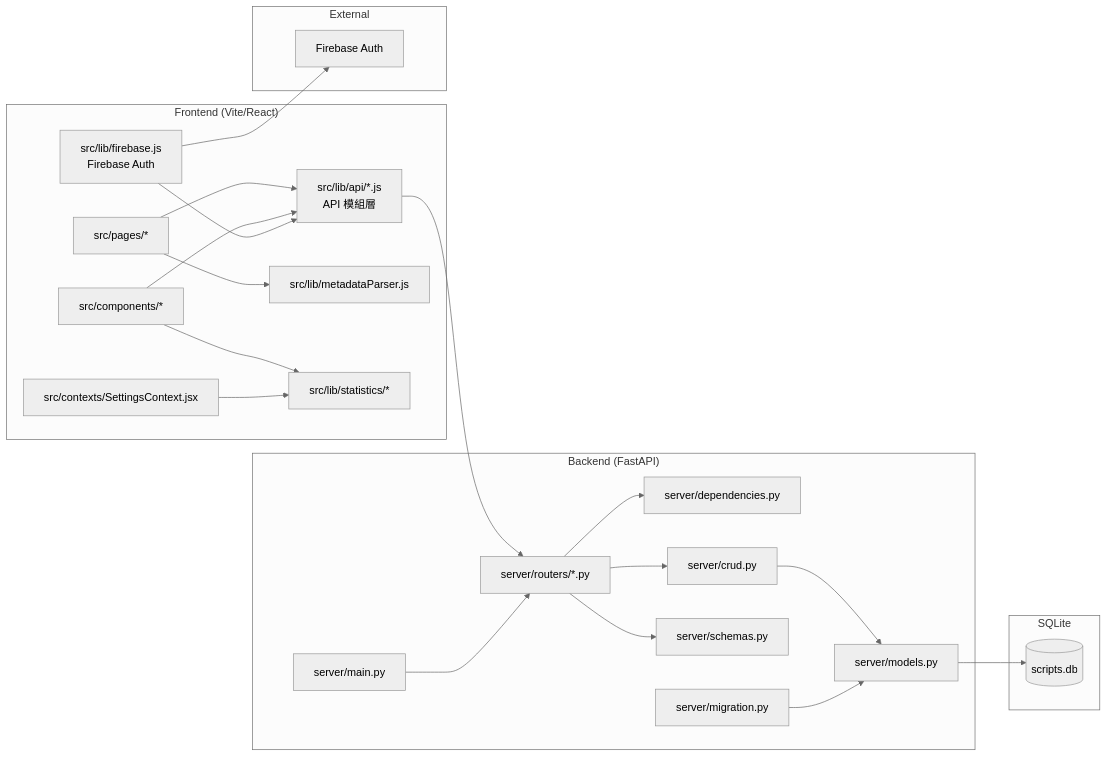
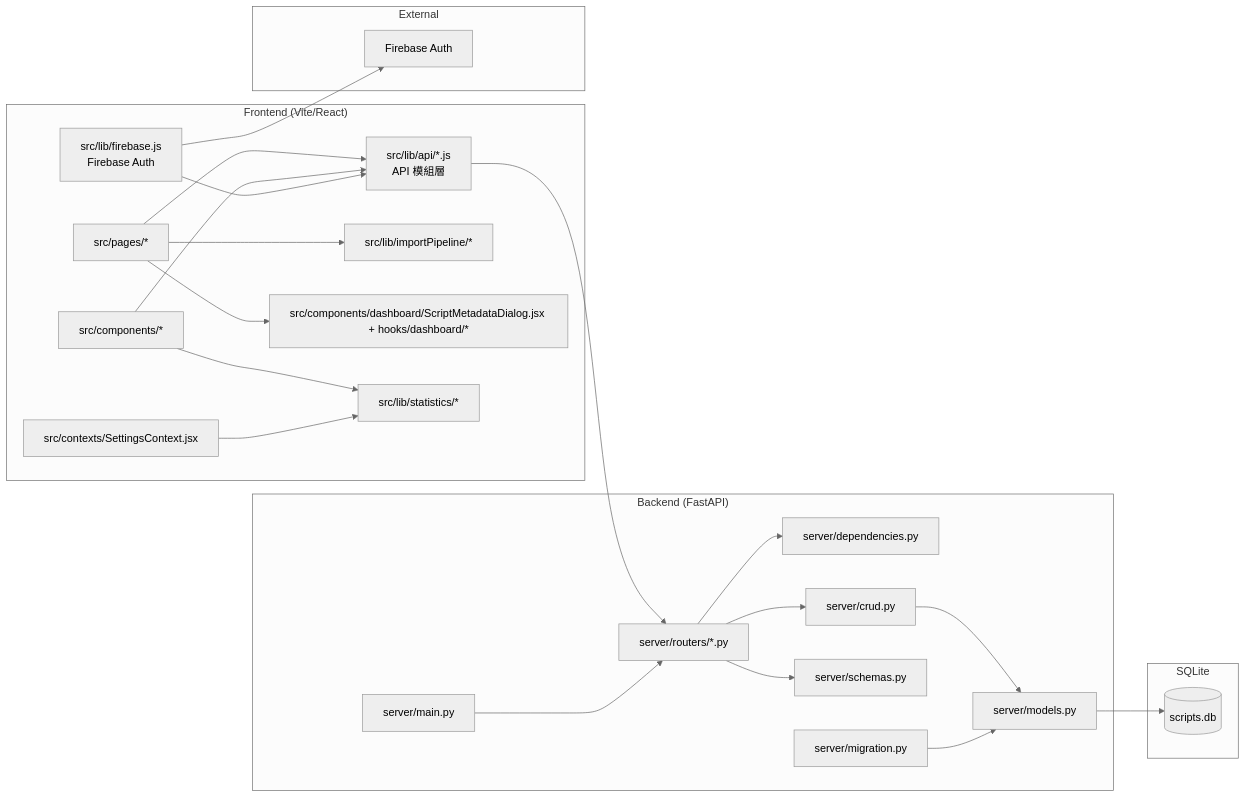
The second of 4 diagrams in docs/product/architecture.md (Shawn-csy/write_project), drawn with Mermaid (neutral theme) before and after one commit. The commit also changed other lines of this file and 36 other files, not shown here.

Commit message:
Update script metadata docs

````diff
--- a/docs/product/architecture.md
+++ b/docs/product/architecture.md
@@ -37,47 +37,49 @@
 ```mermaid
 flowchart LR
   subgraph Frontend["Frontend (Vite/React)"]
     FE_PAGES[src/pages/*]
     FE_COMP[src/components/*]
     FE_API[src/lib/api/*.js\nAPI 模組層]
     FE_AUTH[src/lib/firebase.js\nFirebase Auth]
-    FE_META[src/lib/metadataParser.js]
+    FE_IMPORT[src/lib/importPipeline/*]
+    FE_META[src/components/dashboard/ScriptMetadataDialog.jsx + hooks/dashboard/*]
     FE_STATS[src/lib/statistics/*]
     FE_CTX[src/contexts/SettingsContext.jsx]
   end
 
   subgraph Backend["Backend (FastAPI)"]
     BE_MAIN[server/main.py]
     BE_DEP[server/dependencies.py]
     BE_ROUTERS[server/routers/*.py]
     BE_CRUD[server/crud.py]
     BE_MODELS[server/models.py]
     BE_SCHEMA[server/schemas.py]
     BE_MIG[server/migration.py]
   end
 
   subgraph DB["SQLite"]
     DB_SQL[(scripts.db)]
   end
 
   subgraph Services["External"]
     FB[Firebase Auth]
   end
 
   FE_PAGES --> FE_API
   FE_COMP --> FE_API
+  FE_PAGES --> FE_IMPORT
   FE_PAGES --> FE_META
   FE_COMP --> FE_STATS
   FE_CTX --> FE_STATS
   FE_AUTH --> FE_API
   FE_AUTH --> FB
 
   FE_API --> BE_ROUTERS
   BE_MAIN --> BE_ROUTERS
   BE_ROUTERS --> BE_DEP
   BE_ROUTERS --> BE_SCHEMA
   BE_ROUTERS --> BE_CRUD
   BE_CRUD --> BE_MODELS
   BE_MIG --> BE_MODELS
   BE_MODELS --> DB_SQL
 ```
````
